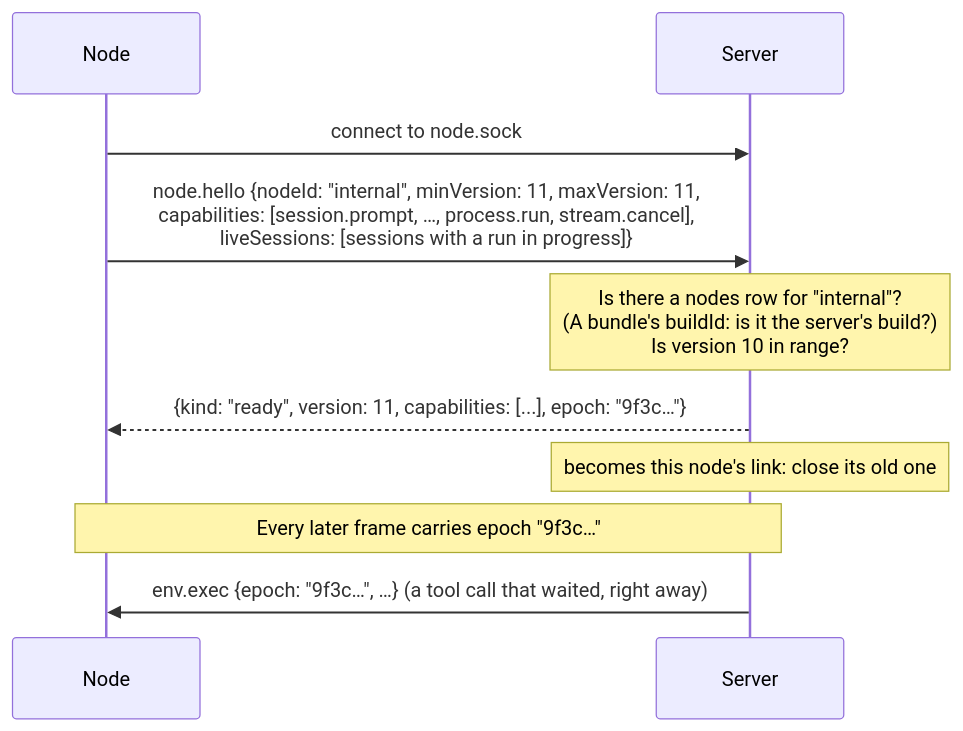
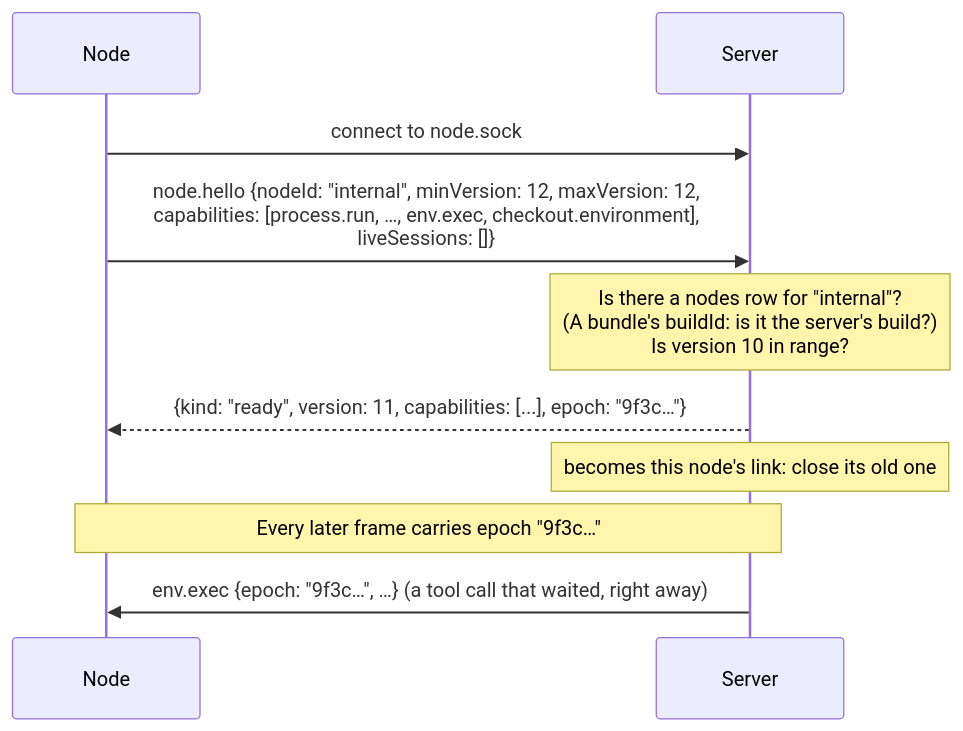
Before and after one commit to willtcarey/reins: the fourth of 9 diagrams in docs/dev/node-transport.md, drawn with Mermaid. The commit also changed other lines of this file and 132 other files, not shown here.

````diff
--- a/docs/dev/node-transport.md
+++ b/docs/dev/node-transport.md
@@ -275,12 +275,12 @@
 ```mermaid
 sequenceDiagram
     participant N as Node
     participant S as Server
     N->>S: connect to node.sock
-    N->>S: node.hello {nodeId: "internal", minVersion: 11, maxVersion: 11,<br/>capabilities: [session.prompt, …, process.run, stream.cancel],<br/>liveSessions: [sessions with a run in progress]}
+    N->>S: node.hello {nodeId: "internal", minVersion: 12, maxVersion: 12,<br/>capabilities: [process.run, …, env.exec, checkout.environment],<br/>liveSessions: []}
     Note over S: Is there a nodes row for "internal"?<br/>(A bundle's buildId: is it the server's build?)<br/>Is version 10 in range?
     S-->>N: {kind: "ready", version: 11, capabilities: [...], epoch: "9f3c…"}
     Note over S: becomes this node's link: close its old one
     Note over N,S: Every later frame carries epoch "9f3c…"
     S->>N: env.exec {epoch: "9f3c…", …} (a tool call that waited, right away)
 ```
````
